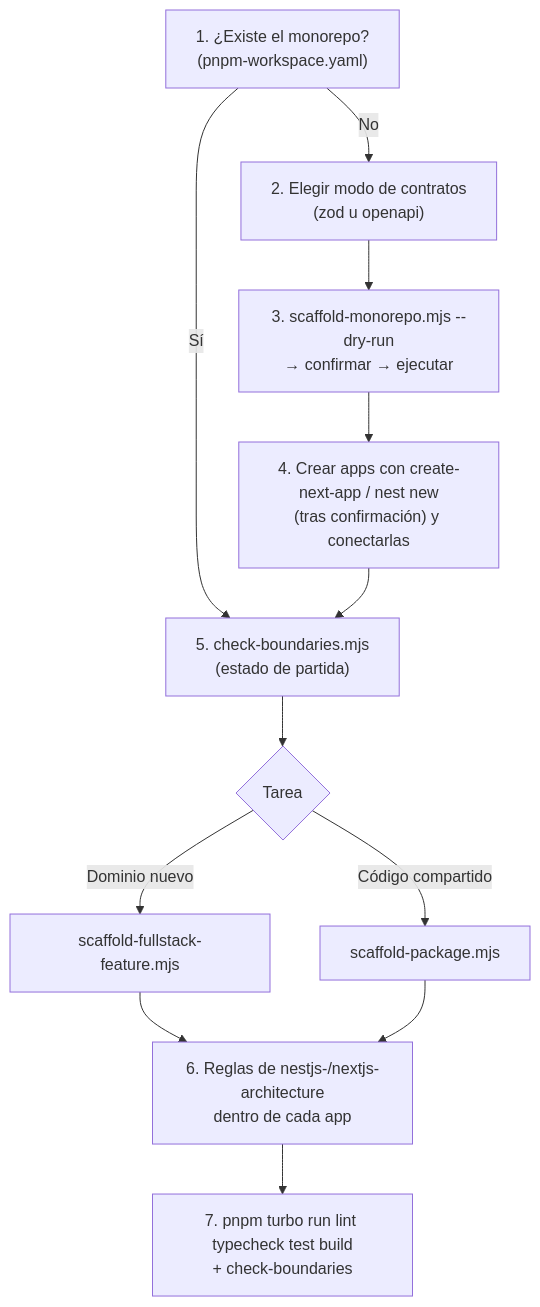
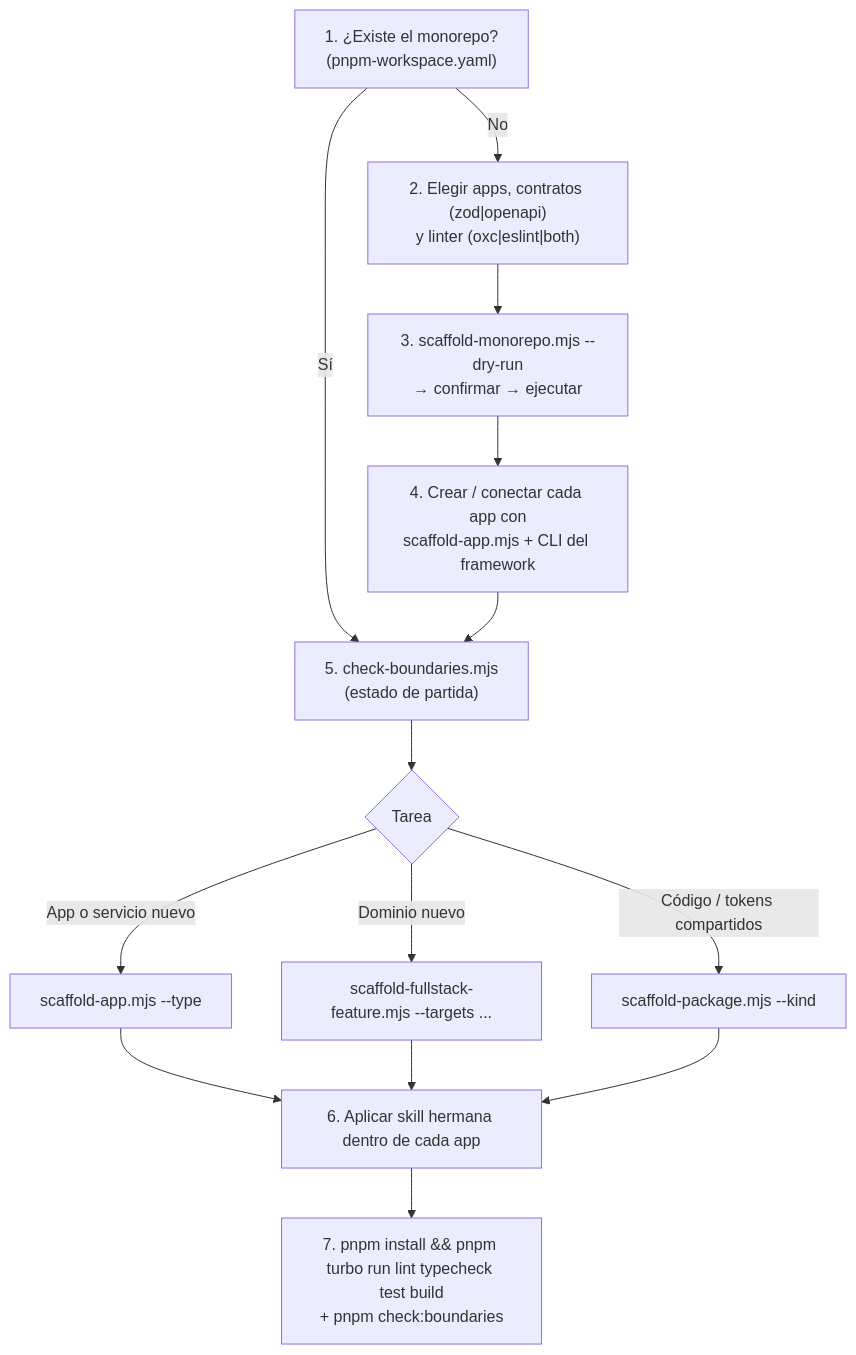
Before and after one commit to bryanus1/agent-skills: the diagram in skills/architecture/monorepo-architecture/SKILL.md, drawn with Mermaid. The commit also changed other lines of this file and 17 other files, not shown here.

First line of the commit message:
feat: ✨ upgrade monorepo-architecture to v2.0.0 with multi-app support (#18)

````diff
--- a/skills/architecture/monorepo-architecture/SKILL.md
+++ b/skills/architecture/monorepo-architecture/SKILL.md
@@ -47,14 +58,16 @@
 ```mermaid
 flowchart TD
-    A["1. ¿Existe el monorepo?\n(pnpm-workspace.yaml)"] -->|No| B["2. Elegir modo de contratos\n(zod u openapi)"]
+    A["1. ¿Existe el monorepo?\n(pnpm-workspace.yaml)"] -->|No| B["2. Elegir apps, contratos (zod|openapi)\ny linter (oxc|eslint|both)"]
     B --> C["3. scaffold-monorepo.mjs --dry-run\n→ confirmar → ejecutar"]
-    C --> D["4. Crear apps con create-next-app / nest new\n(tras confirmación) y conectarlas"]
+    C --> D["4. Crear / conectar cada app con\nscaffold-app.mjs + CLI del framework"]
     A -->|Sí| E["5. check-boundaries.mjs\n(estado de partida)"]
     D --> E
     E --> F{"Tarea"}
-    F -->|"Dominio nuevo"| G["scaffold-fullstack-feature.mjs"]
-    F -->|"Código compartido"| H["scaffold-package.mjs"]
-    G --> I["6. Reglas de nestjs-/nextjs-architecture\ndentro de cada app"]
-    H --> I
-    I --> J["7. pnpm turbo run lint typecheck test build\n+ check-boundaries"]
+    F -->|"App o servicio nuevo"| G["scaffold-app.mjs <name> --type <preset>"]
+    F -->|"Dominio nuevo"| H["scaffold-fullstack-feature.mjs --targets ..."]
+    F -->|"Código / tokens compartidos"| I["scaffold-package.mjs --kind <kind>"]
+    G --> J["6. Aplicar skill hermana dentro de cada app"]
+    H --> J
+    I --> J
+    J --> K["7. pnpm install && pnpm turbo run lint typecheck test build\n+ pnpm check:boundaries"]
 ```
````
